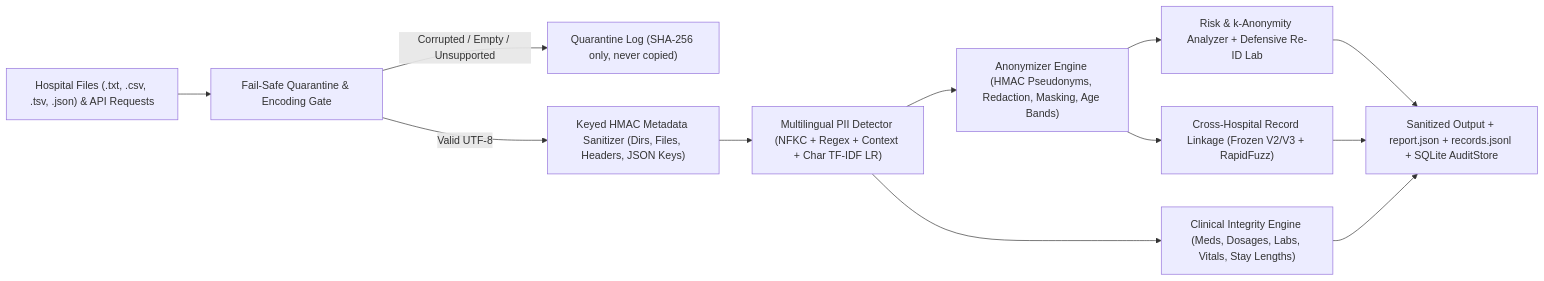
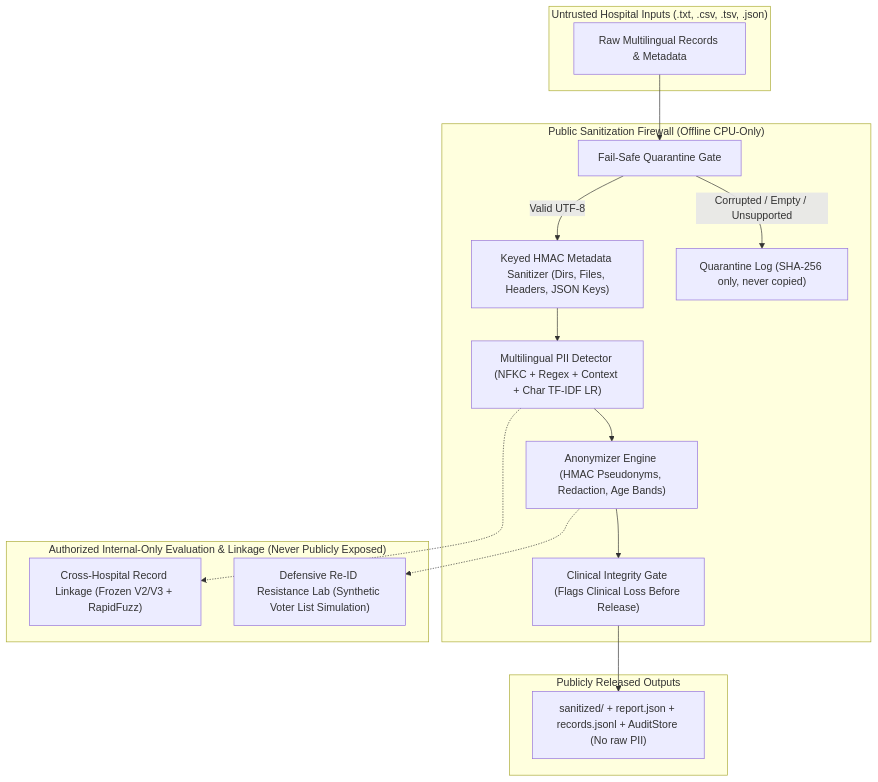
The diagram in medishield/docs/ARCHITECTURE_AND_BRIEF.md (M20A03/Yugaantar), drawn with Mermaid before and after one commit. The commit also changed other lines of this file and 7 other files, not shown here.

Commit message:
Final release corrections: distinct-patient k-anonymity, clinical loss flagging, 2-page PDF brief, README, and release report

````diff
--- a/medishield/docs/ARCHITECTURE_AND_BRIEF.md
+++ b/medishield/docs/ARCHITECTURE_AND_BRIEF.md
@@ -5,14 +5,29 @@
 ```mermaid
-flowchart LR
-    Input["Hospital Files (.txt, .csv, .tsv, .json) & API Requests"] --> Gate["Fail-Safe Quarantine & Encoding Gate"]
-    Gate -->|Corrupted / Empty / Unsupported| Quar["Quarantine Log (SHA-256 only, never copied)"]
-    Gate -->|Valid UTF-8| Meta["Keyed HMAC Metadata Sanitizer (Dirs, Files, Headers, JSON Keys)"]
-    Meta --> Det["Multilingual PII Detector (NFKC + Regex + Context + Char TF-IDF LR)"]
-    Det --> Anon["Anonymizer Engine (HMAC Pseudonyms, Redaction, Masking, Age Bands)"]
-    Det --> Fid["Clinical Integrity Engine (Meds, Dosages, Labs, Vitals, Stay Lengths)"]
-    Anon --> Risk["Risk & k-Anonymity Analyzer + Defensive Re-ID Lab"]
-    Anon --> Link["Cross-Hospital Record Linkage (Frozen V2/V3 + RapidFuzz)"]
-    Risk --> Out["Sanitized Output + report.json + records.jsonl + SQLite AuditStore"]
-    Fid --> Out
-    Link --> Out
+flowchart TB
+    subgraph PublicInput["Untrusted Hospital Inputs (.txt, .csv, .tsv, .json)"]
+        Raw["Raw Multilingual Records & Metadata"]
+    end
+
+    subgraph PublicFirewall["Public Sanitization Firewall (Offline CPU-Only)"]
+        Gate["Fail-Safe Quarantine Gate"]
+        Meta["Keyed HMAC Metadata Sanitizer (Dirs, Files, Headers, JSON Keys)"]
+        Det["Multilingual PII Detector (NFKC + Regex + Context + Char TF-IDF LR)"]
+        Anon["Anonymizer Engine (HMAC Pseudonyms, Redaction, Age Bands)"]
+        Fid["Clinical Integrity Gate (Flags Clinical Loss Before Release)"]
+        Raw --> Gate
+        Gate -->|Corrupted / Empty / Unsupported| Quar["Quarantine Log (SHA-256 only, never copied)"]
+        Gate -->|Valid UTF-8| Meta --> Det --> Anon --> Fid
+    end
+
+    subgraph PublicOutput["Publicly Released Outputs"]
+        SanOut["sanitized/ + report.json + records.jsonl + AuditStore (No raw PII)"]
+        Fid --> SanOut
+    end
+
+    subgraph InternalOnly["Authorized Internal-Only Evaluation & Linkage (Never Publicly Exposed)"]
+        Link["Cross-Hospital Record Linkage (Frozen V2/V3 + RapidFuzz)"]
+        ReidLab["Defensive Re-ID Resistance Lab (Synthetic Voter List Simulation)"]
+        Det -.-> Link
+        Anon -.-> ReidLab
+    end
 ```
````
